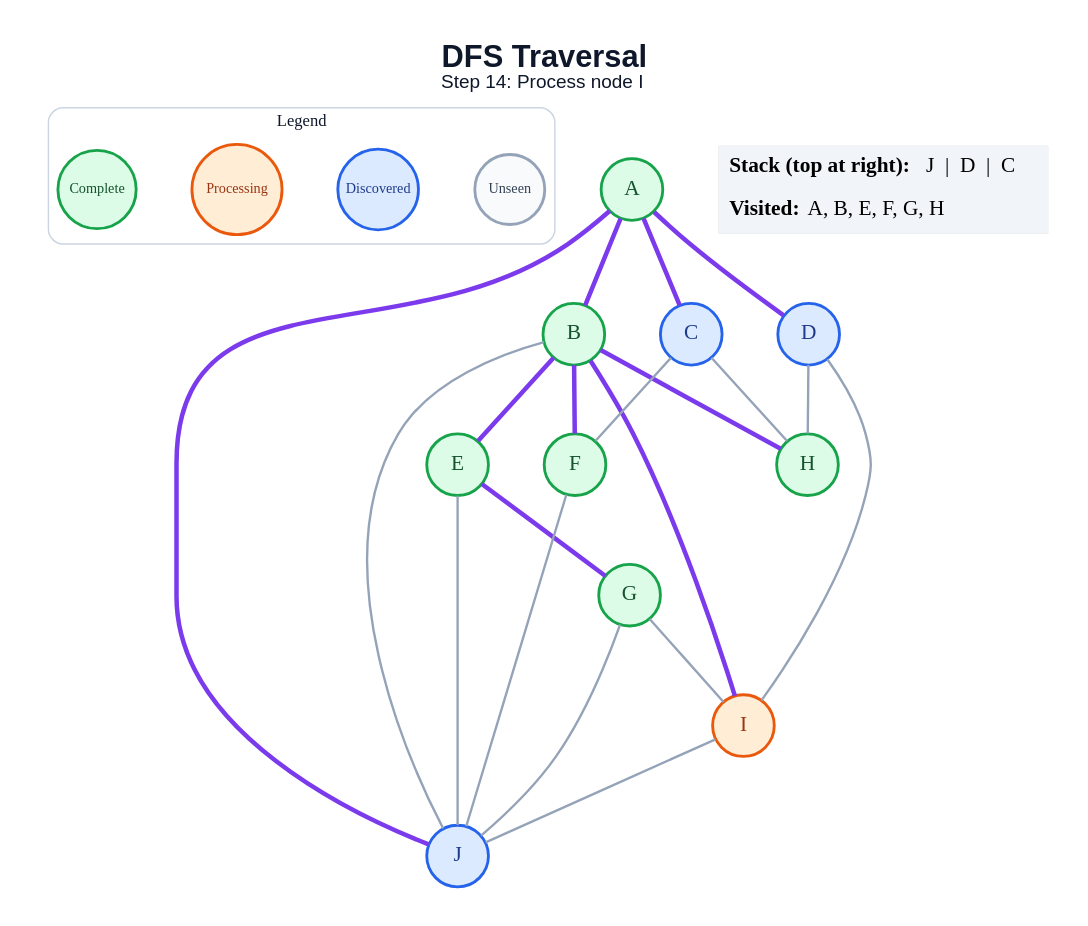
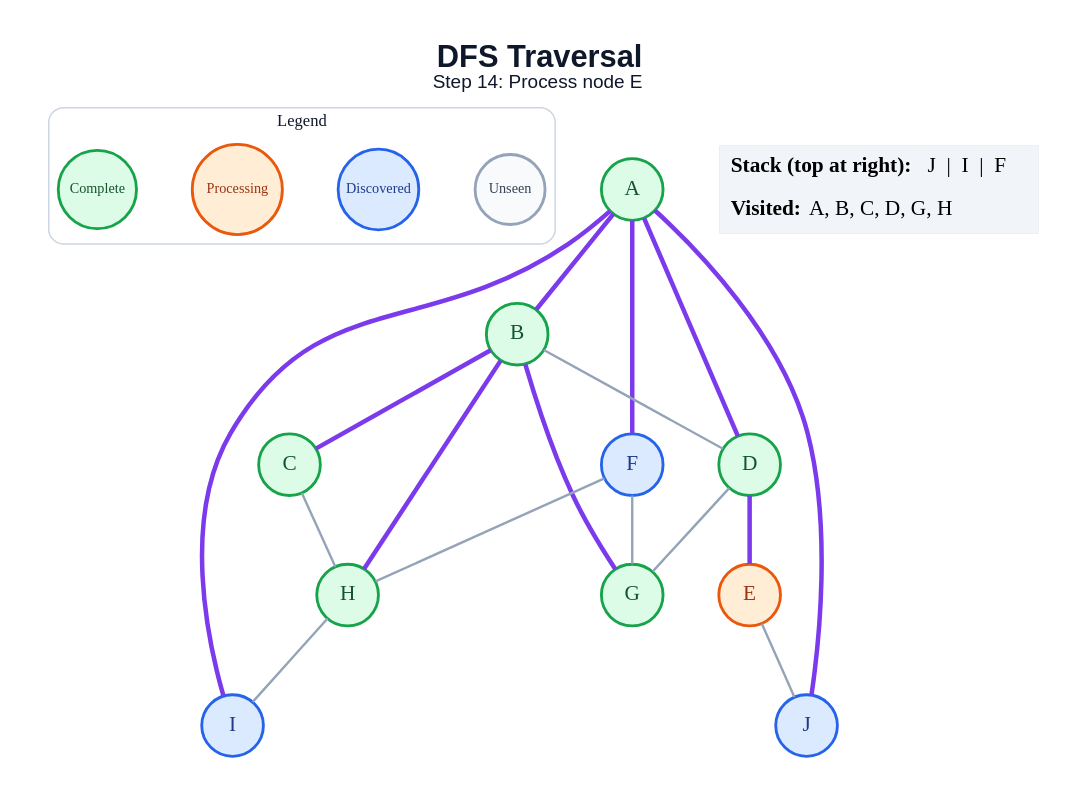
Before and after one commit to anon7238593-create/ai-slop: the diagram in generated/dfs/step_14.dot, drawn with Graphviz. The commit also changed 171 other files, not shown here.

```diff
--- a/generated/dfs/step_14.dot
+++ b/generated/dfs/step_14.dot
@@ -1,48 +1,45 @@
 graph traversal {
   graph [layout=dot, rankdir=TB, bgcolor="#FFFFFF", pad="0.35", nodesep="0.65", ranksep="0.8", fontname="Arial"];
   node [shape=circle, style="filled", fontname="Arial Bold", fontsize=18, width=0.72, fixedsize=true, penwidth=2.4];
   edge [color="#94A3B8", penwidth=2.0];
-  label=<<B>DFS Traversal</B><BR/><FONT POINT-SIZE="16">Step 14: Process node I</FONT>>; labelloc="t"; fontsize=26; fontname="Arial"; fontcolor="#0F172A";
+  label=<<B>DFS Traversal</B><BR/><FONT POINT-SIZE="16">Step 14: Process node E</FONT>>; labelloc="t"; fontsize=26; fontname="Arial"; fontcolor="#0F172A";
   subgraph cluster_legend { label="Legend"; color="#CBD5E1"; penwidth=1.2; style="rounded"; fontsize=14; fontname="Arial Bold";
     key_unseen [label="Unseen", fillcolor="#F8FAFC", color="#94A3B8", fontcolor="#334155", fontsize=12, width=0.82];
     key_frontier [label="Discovered", fillcolor="#DBEAFE", color="#2563EB", fontcolor="#1E3A8A", fontsize=12, width=0.95];
     key_current [label="Processing", fillcolor="#FFEDD5", color="#EA580C", fontcolor="#9A3412", fontsize=12, width=1.05];
     key_done [label="Complete", fillcolor="#DCFCE7", color="#16A34A", fontcolor="#14532D", fontsize=12, width=0.92];
     { rank=same; key_unseen; key_frontier; key_current; key_done; }
   }
   A [fillcolor="#DCFCE7", color="#16A34A", fontcolor="#14532D"];
   B [fillcolor="#DCFCE7", color="#16A34A", fontcolor="#14532D"];
-  C [fillcolor="#DBEAFE", color="#2563EB", fontcolor="#1E3A8A"];
-  D [fillcolor="#DBEAFE", color="#2563EB", fontcolor="#1E3A8A"];
-  E [fillcolor="#DCFCE7", color="#16A34A", fontcolor="#14532D"];
-  F [fillcolor="#DCFCE7", color="#16A34A", fontcolor="#14532D"];
+  C [fillcolor="#DCFCE7", color="#16A34A", fontcolor="#14532D"];
+  D [fillcolor="#DCFCE7", color="#16A34A", fontcolor="#14532D"];
+  E [fillcolor="#FFEDD5", color="#EA580C", fontcolor="#9A3412"];
+  F [fillcolor="#DBEAFE", color="#2563EB", fontcolor="#1E3A8A"];
   G [fillcolor="#DCFCE7", color="#16A34A", fontcolor="#14532D"];
   H [fillcolor="#DCFCE7", color="#16A34A", fontcolor="#14532D"];
-  I [fillcolor="#FFEDD5", color="#EA580C", fontcolor="#9A3412"];
+  I [fillcolor="#DBEAFE", color="#2563EB", fontcolor="#1E3A8A"];
   J [fillcolor="#DBEAFE", color="#2563EB", fontcolor="#1E3A8A"];
   A -- B [color="#7C3AED", penwidth=3.8];
-  A -- C [color="#7C3AED", penwidth=3.8];
   A -- D [color="#7C3AED", penwidth=3.8];
+  A -- F [color="#7C3AED", penwidth=3.8];
+  A -- I [color="#7C3AED", penwidth=3.8];
   A -- J [color="#7C3AED", penwidth=3.8];
-  B -- E [color="#7C3AED", penwidth=3.8];
-  B -- F [color="#7C3AED", penwidth=3.8];
+  B -- C [color="#7C3AED", penwidth=3.8];
+  B -- D;
+  B -- G [color="#7C3AED", penwidth=3.8];
   B -- H [color="#7C3AED", penwidth=3.8];
-  B -- I [color="#7C3AED", penwidth=3.8];
-  B -- J;
-  C -- F;
   C -- H;
-  D -- H;
-  D -- I;
-  E -- G [color="#7C3AED", penwidth=3.8];
+  D -- E [color="#7C3AED", penwidth=3.8];
+  D -- G;
   E -- J;
-  F -- J;
-  G -- I;
-  G -- J;
-  I -- J;
+  F -- G;
+  F -- H;
+  H -- I;
   status [shape=plain, fixedsize=false, width=0, height=0, margin=0, label=<
     <TABLE BORDER="0" CELLBORDER="0" CELLPADDING="7" BGCOLOR="#F1F5F9">
-      <TR><TD ALIGN="LEFT"><B>Stack (top at right):</B> J  |  D  |  C</TD></TR>
-      <TR><TD ALIGN="LEFT"><B>Visited:</B> A, B, E, F, G, H</TD></TR>
+      <TR><TD ALIGN="LEFT"><B>Stack (top at right):</B> J  |  I  |  F</TD></TR>
+      <TR><TD ALIGN="LEFT"><B>Visited:</B> A, B, C, D, G, H</TD></TR>
     </TABLE>
   >];
 }
```
